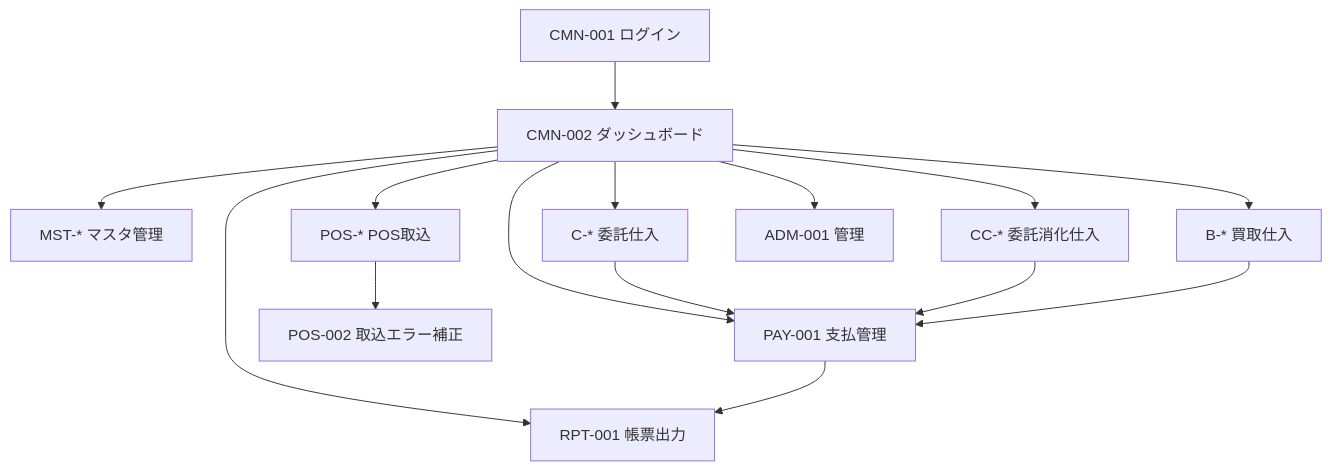
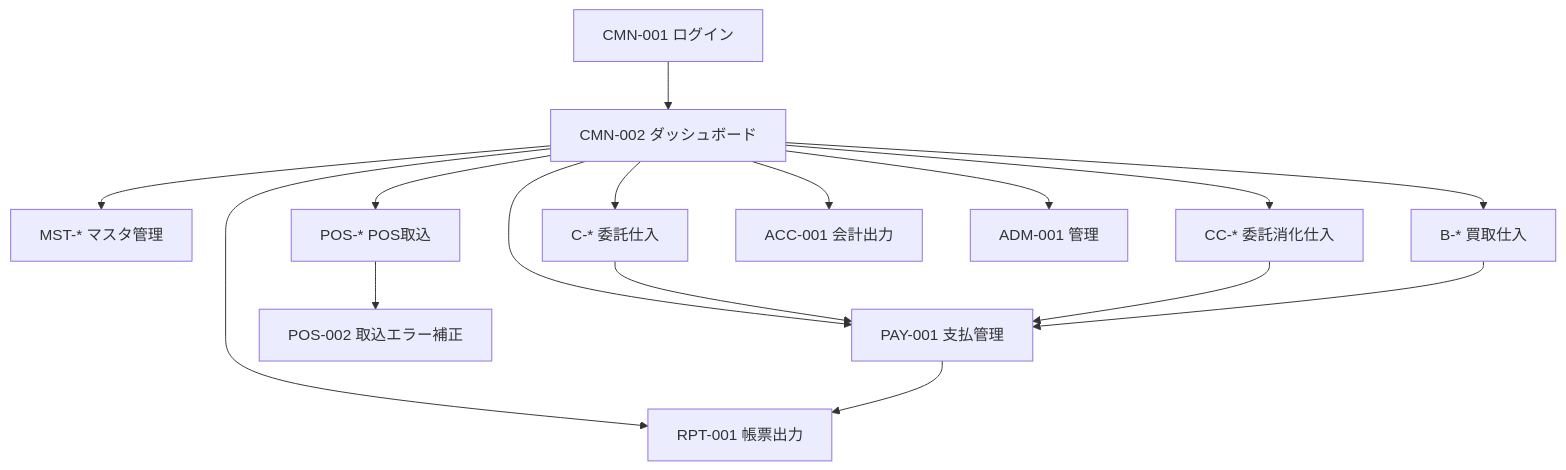
One commit to KoukiKimura/JASuppliers changed the second of 7 diagrams in Docs/基本設計/仕入システム_基本設計書.md. Above: the diagram before and after it, drawn with Mermaid. The commit also changed other lines of this file and 2 other files, not shown here.

````diff
--- a/Docs/基本設計/仕入システム_基本設計書.md
+++ b/Docs/基本設計/仕入システム_基本設計書.md
@@ -209,17 +212,18 @@
 ```mermaid
 flowchart TD
     Login[CMN-001 ログイン] --> Dashboard[CMN-002 ダッシュボード]
     Dashboard --> Master[MST-* マスタ管理]
     Dashboard --> Pos[POS-* POS取込]
     Dashboard --> Consignment[C-* 委託仕入]
     Dashboard --> Consumption[CC-* 委託消化仕入]
     Dashboard --> Purchase[B-* 買取仕入]
     Dashboard --> Payment[PAY-001 支払管理]
+    Dashboard --> Accounting[ACC-001 会計出力]
     Dashboard --> Reports[RPT-001 帳票出力]
     Dashboard --> Admin[ADM-001 管理]
     Pos --> PosError[POS-002 取込エラー補正]
     Consignment --> Payment
     Consumption --> Payment
     Purchase --> Payment
     Payment --> Reports
 ```
````
